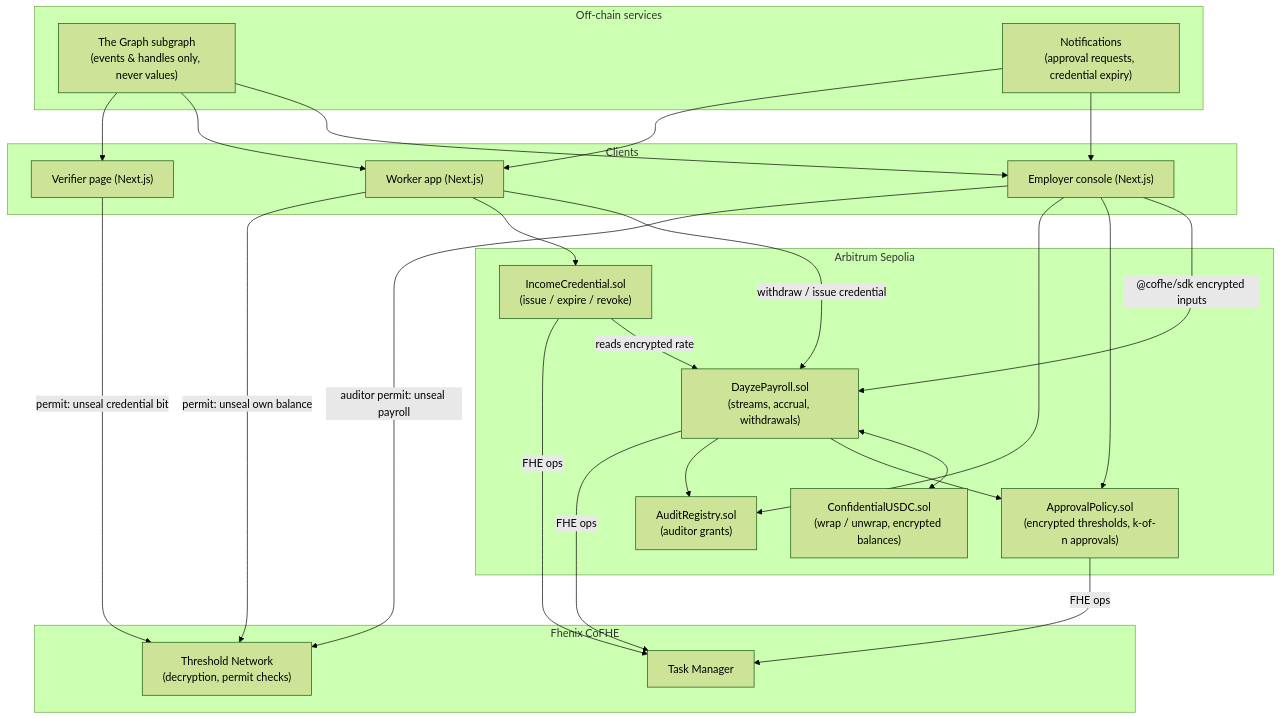
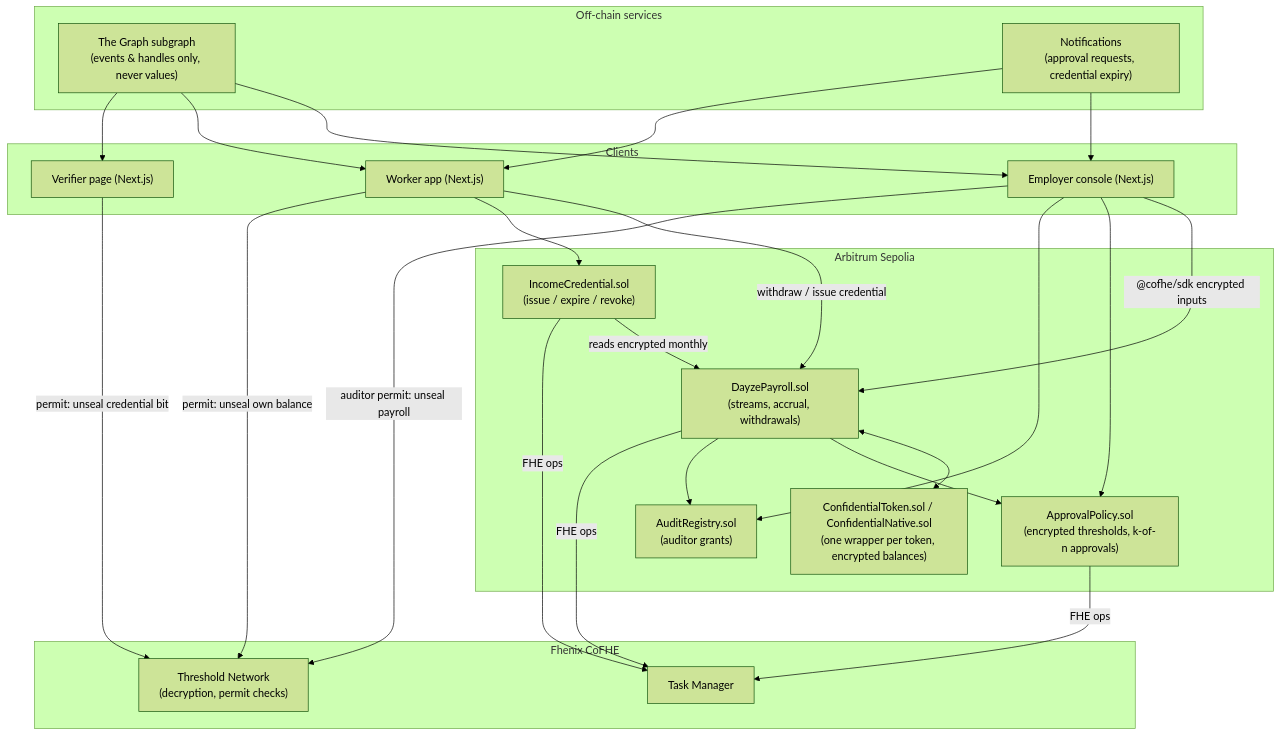
One commit to Kelechikizito/dayze changed the diagram in architecture.md. Above: the diagram before and after it, drawn with Mermaid (forest theme). The commit also changed other lines of this file and 13 other files, not shown here.

Commit message:
Switch build guide and architecture from confidential USDC to confidential wrappers for any ERC20 and native ETH.

````diff
--- a/architecture.md
+++ b/architecture.md
@@ -78,47 +78,47 @@
 ```mermaid
 flowchart TB
     subgraph Client["Clients"]
         EMP["Employer console (Next.js)"]
         WRK["Worker app (Next.js)"]
         VRF["Verifier page (Next.js)"]
     end
 
     subgraph Off["Off-chain services"]
         IDX["The Graph subgraph\n(events & handles only, never values)"]
         NOTIF["Notifications\n(approval requests, credential expiry)"]
     end
 
     subgraph Chain["Arbitrum Sepolia"]
         PAY["DayzePayroll.sol\n(streams, accrual, withdrawals)"]
-        CUSDC["ConfidentialUSDC.sol\n(wrap / unwrap, encrypted balances)"]
+        CUSDC["ConfidentialToken.sol / ConfidentialNative.sol\n(one wrapper per token, encrypted balances)"]
         POL["ApprovalPolicy.sol\n(encrypted thresholds, k-of-n approvals)"]
         AUD["AuditRegistry.sol\n(auditor grants)"]
         CRED["IncomeCredential.sol\n(issue / expire / revoke)"]
     end
 
     subgraph FHE["Fhenix CoFHE"]
         TM["Task Manager"]
         TN["Threshold Network\n(decryption, permit checks)"]
     end
 
     EMP -->|"@cofhe/sdk encrypted inputs"| PAY
     EMP --> POL
     EMP --> AUD
     WRK -->|withdraw / issue credential| PAY
     WRK --> CRED
     PAY <--> CUSDC
     PAY --> POL
     PAY --> AUD
-    CRED -->|reads encrypted rate| PAY
+    CRED -->|reads encrypted monthly| PAY
     PAY -->|FHE ops| TM
     POL -->|FHE ops| TM
     CRED -->|FHE ops| TM
     WRK -->|permit: unseal own balance| TN
     VRF -->|permit: unseal credential bit| TN
     EMP -->|auditor permit: unseal payroll| TN
     IDX --> EMP
     IDX --> WRK
     IDX --> VRF
     NOTIF --> EMP
     NOTIF --> WRK
 ```
````
